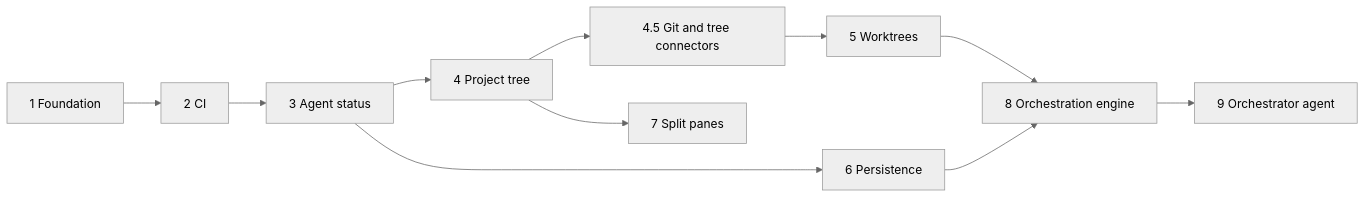
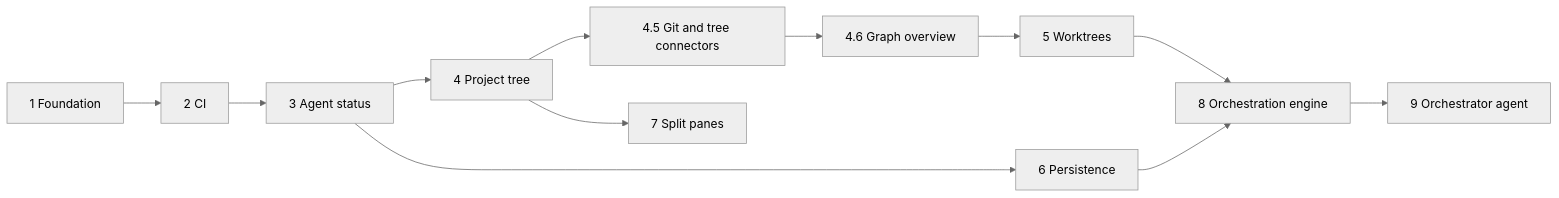
One commit to danielpina1/anthrex changed the diagram in docs/ROADMAP.md. Above: the diagram before and after it, drawn with Mermaid (neutral theme). The commit also changed other lines of this file and 2 other files, not shown here.

First line of the commit message:
docs: design and brief for the graph overview

````diff
--- a/docs/ROADMAP.md
+++ b/docs/ROADMAP.md
@@ -39,13 +41,14 @@
 ```mermaid
 flowchart LR
   M1[1 Foundation] --> M2[2 CI]
   M2 --> M3[3 Agent status]
   M3 --> M4[4 Project tree]
   M4 --> M45[4.5 Git and tree connectors]
-  M45 --> M5[5 Worktrees]
+  M45 --> M46[4.6 Graph overview]
+  M46 --> M5[5 Worktrees]
   M3 --> M6[6 Persistence]
   M4 --> M7[7 Split panes]
   M5 --> M8[8 Orchestration engine]
   M6 --> M8
   M8 --> M9[9 Orchestrator agent]
 ```
````
